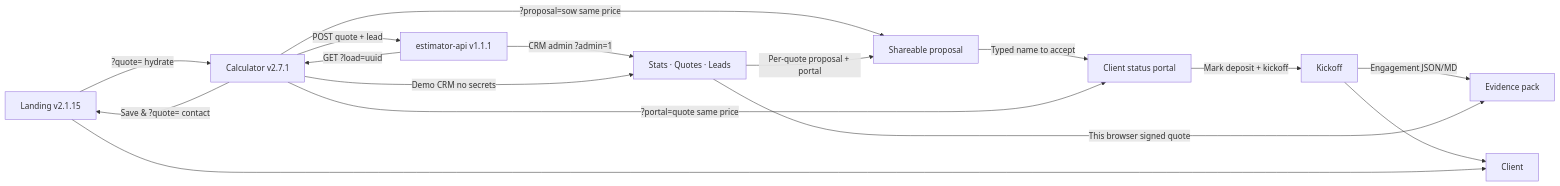
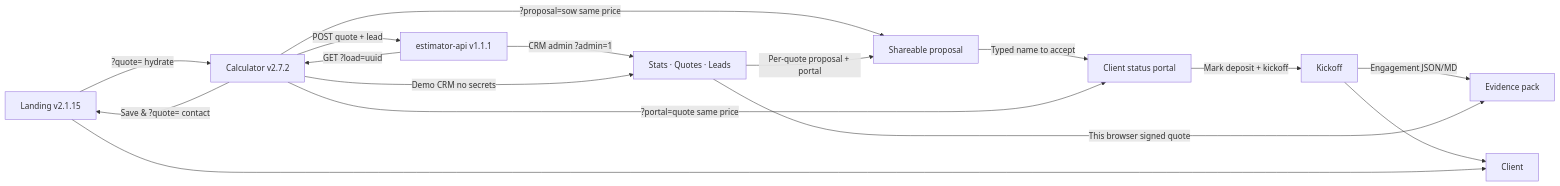
Before and after one commit to pixellayer7-jpg/pixellayer7-jpg: the diagram in README.md, drawn with Mermaid. The commit also changed other lines of this file and 3 other files, not shown here.

````diff
--- a/README.md
+++ b/README.md
@@ -19,18 +19,18 @@
 ```mermaid
 flowchart LR
-  A[Landing v2.1.15] -->|?quote= hydrate| B[Calculator v2.7.1]
+  A[Landing v2.1.15] -->|?quote= hydrate| B[Calculator v2.7.2]
   B -->|Save & ?quote= contact| A
   B -->|?proposal=sow same price| R[Shareable proposal]
   R -->|Typed name to accept| P[Client status portal]
   P -->|Mark deposit + kickoff| K[Kickoff]
   K -->|Engagement JSON/MD| X[Evidence pack]
   B -->|?portal=quote same price| P
   B -->|POST quote + lead| D[estimator-api v1.1.1]
   D -->|CRM admin ?admin=1| E[Stats · Quotes · Leads]
   B -->|Demo CRM no secrets| E
   E -->|This browser signed quote| X
   E -->|Per-quote proposal + portal| R
   K --> F[Client]
   D -->|GET ?load=uuid| B
   A --> F[Client]
 ```
````
